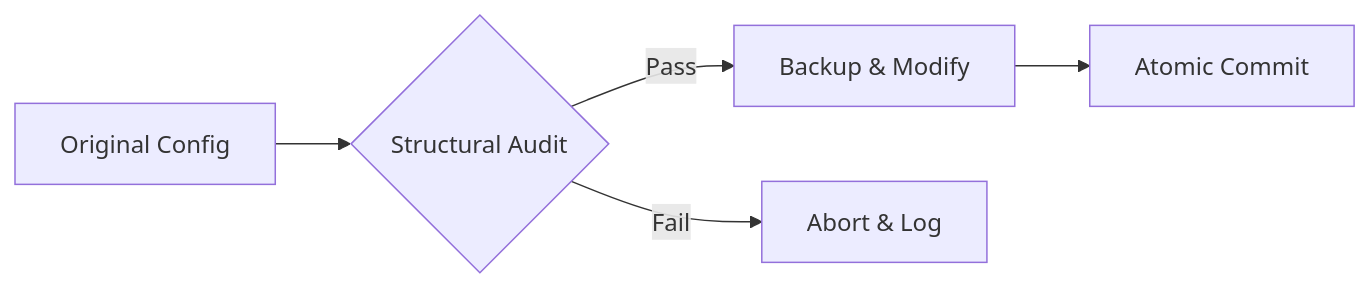
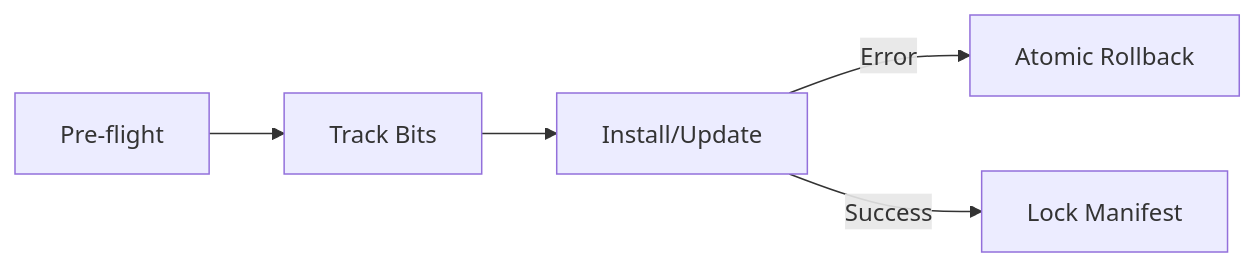
Before and after one commit to l00p3rl00p/mcp-injector: the second of 2 diagrams in README.md, drawn with Mermaid. The commit also changed other lines of this file and 8 other files, not shown here.

````diff
--- a/README.md
+++ b/README.md
@@ -97,7 +81,7 @@
 ```mermaid
 flowchart LR
-    A[Original Config] --> B{Structural Audit}
-    B -- Pass --> C[Backup & Modify]
-    B -- Fail --> E[Abort & Log]
-    C --> D[Atomic Commit]
+    P[Pre-flight] --> T_Check[Track Bits]
+    T_Check --> Action[Install/Update]
+    Action -- Error --> R[Atomic Rollback]
+    Action -- Success --> C[Lock Manifest]
 ```
````
